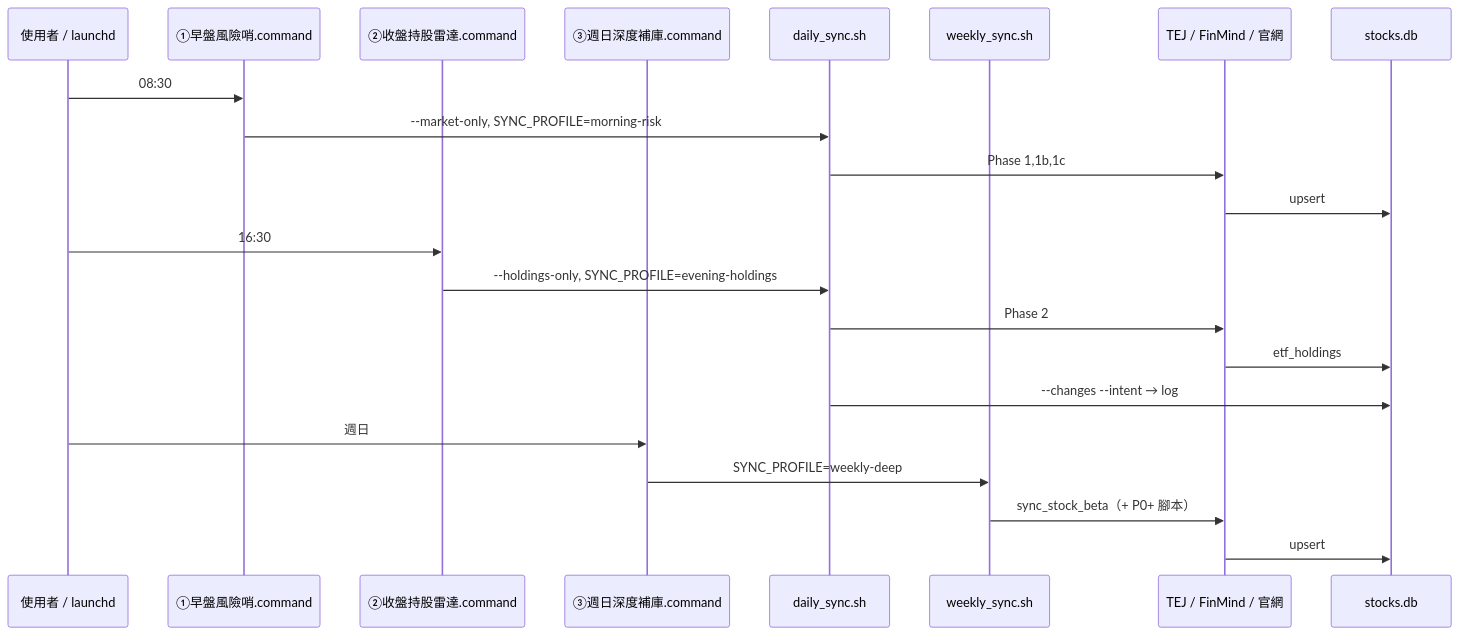
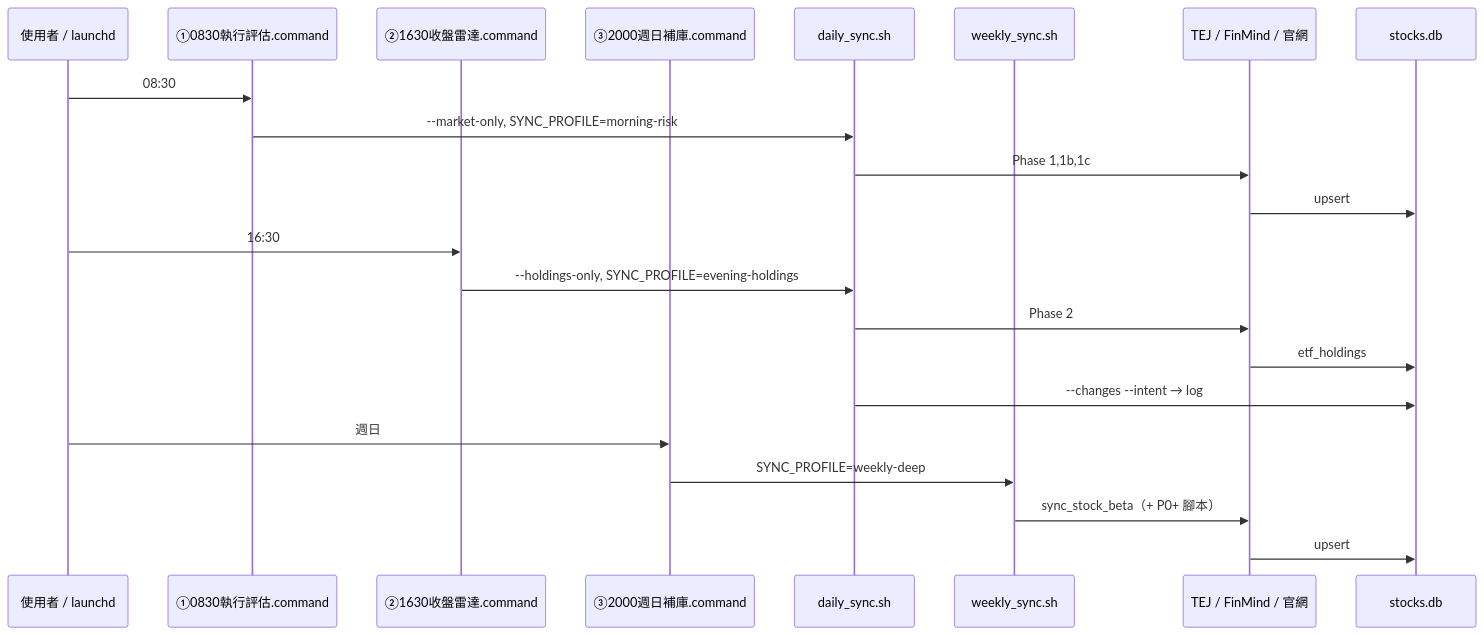
The third of 5 diagrams in docs/PRD.md (goldenyears168-lab/etfstrategy), drawn with Mermaid before and after one commit. The commit also changed other lines of this file and 126 other files, not shown here.

````diff
--- a/docs/PRD.md
+++ b/docs/PRD.md
@@ -154,27 +166,27 @@
 ```mermaid
 sequenceDiagram
   participant U as 使用者 / launchd
-  participant M as ①早盤風險哨.command
-  participant E as ②收盤持股雷達.command
-  participant W as ③週日深度補庫.command
+  participant M as ①0830執行評估.command
+  participant E as ②1630收盤雷達.command
+  participant W as ③2000週日補庫.command
   participant DS as daily_sync.sh
   participant WS as weekly_sync.sh
   participant API as TEJ / FinMind / 官網
   participant DB as stocks.db
 
   U->>M: 08:30
   M->>DS: --market-only, SYNC_PROFILE=morning-risk
   DS->>API: Phase 1,1b,1c
   API->>DB: upsert
 
   U->>E: 16:30
   E->>DS: --holdings-only, SYNC_PROFILE=evening-holdings
   DS->>API: Phase 2
   API->>DB: etf_holdings
   DS->>DB: --changes --intent → log
 
   U->>W: 週日
   W->>WS: SYNC_PROFILE=weekly-deep
   WS->>API: sync_stock_beta（+ P0+ 腳本）
   API->>DB: upsert
 ```
````
